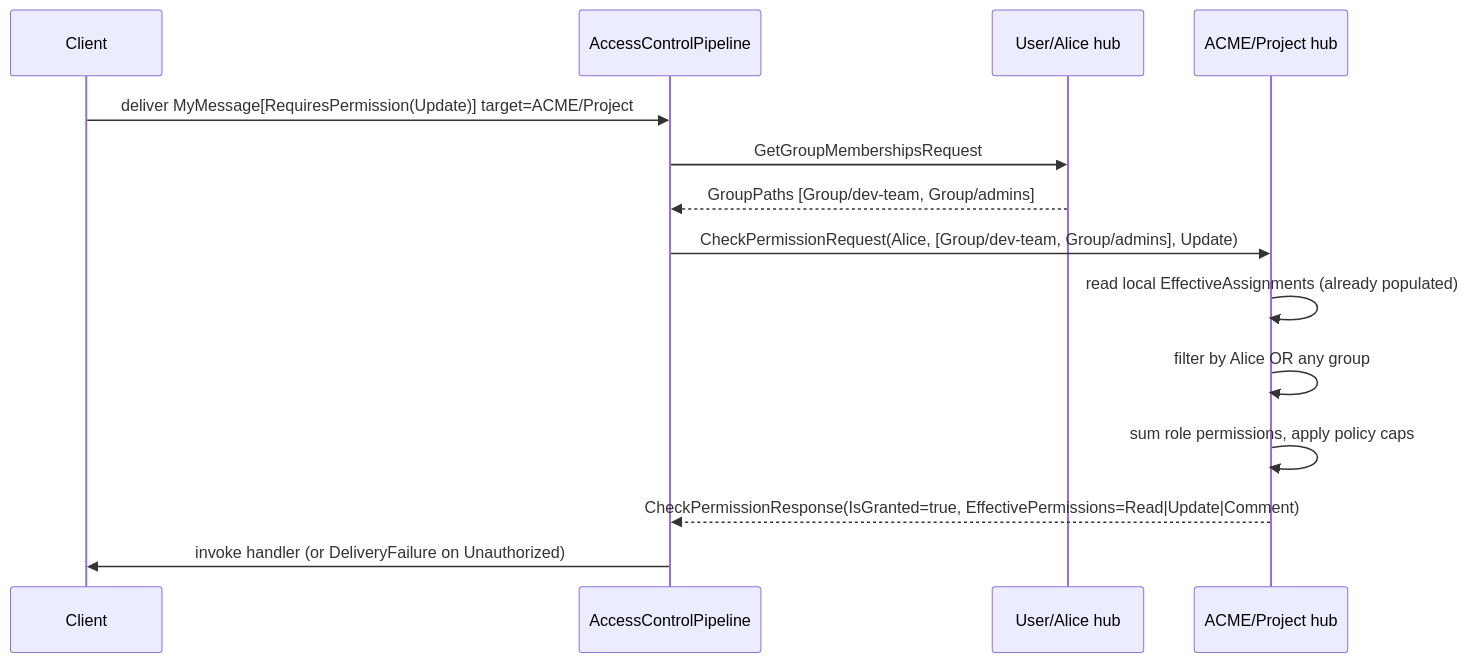
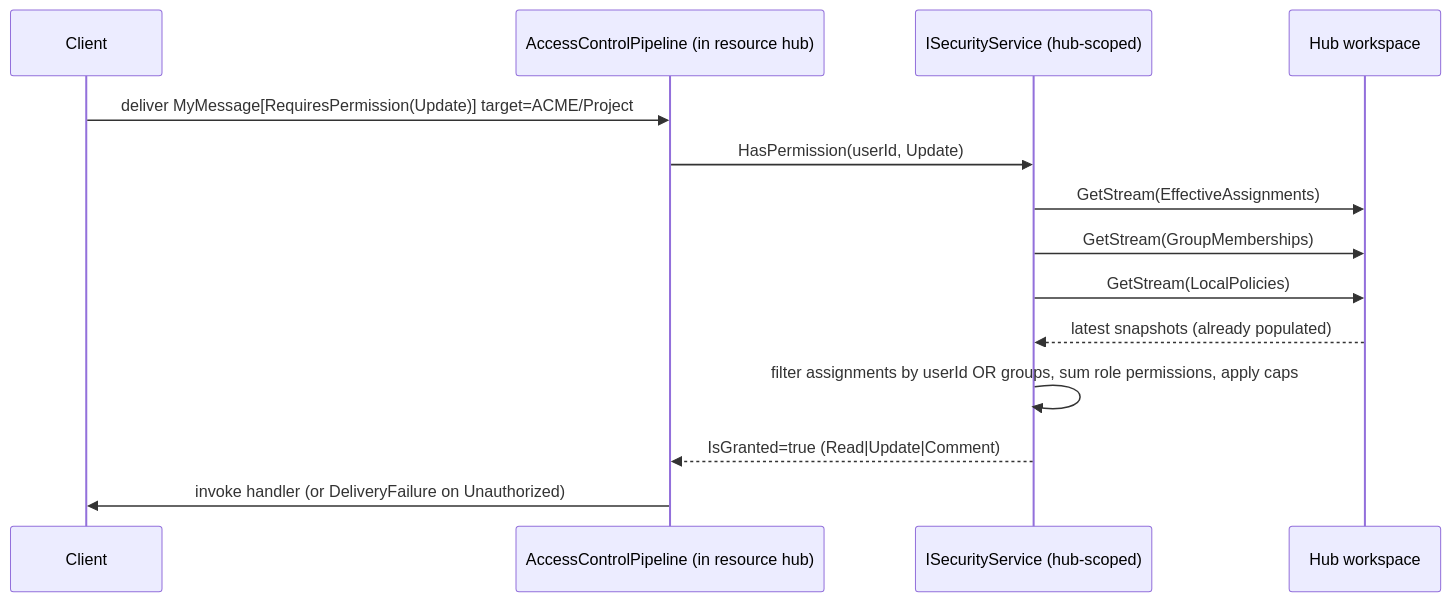
Before and after one commit to Systemorph/MeshWeaver: the first of 4 diagrams in src/MeshWeaver.Documentation/Data/Architecture/AccessControl.md, drawn with Mermaid. The commit also changed other lines of this file and 2 other files, not shown here.

````diff
--- a/src/MeshWeaver.Documentation/Data/Architecture/AccessControl.md
+++ b/src/MeshWeaver.Documentation/Data/Architecture/AccessControl.md
@@ -140,16 +159,16 @@
 ```mermaid
 sequenceDiagram
     participant Client
-    participant Pipeline as AccessControlPipeline
-    participant UserHub as User/Alice hub
-    participant ResourceHub as ACME/Project hub
+    participant Pipeline as AccessControlPipeline (in resource hub)
+    participant SecSvc as ISecurityService (hub-scoped)
+    participant Workspace as Hub workspace
     Client->>Pipeline: deliver MyMessage[RequiresPermission(Update)] target=ACME/Project
-    Pipeline->>UserHub: GetGroupMembershipsRequest
-    UserHub-->>Pipeline: GroupPaths [Group/dev-team, Group/admins]
-    Pipeline->>ResourceHub: CheckPermissionRequest(Alice, [Group/dev-team, Group/admins], Update)
-    ResourceHub->>ResourceHub: read local EffectiveAssignments (already populated)
-    ResourceHub->>ResourceHub: filter by Alice OR any group
-    ResourceHub->>ResourceHub: sum role permissions, apply policy caps
-    ResourceHub-->>Pipeline: CheckPermissionResponse(IsGranted=true, EffectivePermissions=Read|Update|Comment)
+    Pipeline->>SecSvc: HasPermission(userId, Update)
+    SecSvc->>Workspace: GetStream(EffectiveAssignments)
+    SecSvc->>Workspace: GetStream(GroupMemberships)
+    SecSvc->>Workspace: GetStream(LocalPolicies)
+    Workspace-->>SecSvc: latest snapshots (already populated)
+    SecSvc->>SecSvc: filter assignments by userId OR groups, sum role permissions, apply caps
+    SecSvc-->>Pipeline: IsGranted=true (Read|Update|Comment)
     Pipeline->>Client: invoke handler (or DeliveryFailure on Unauthorized)
 ```
````
